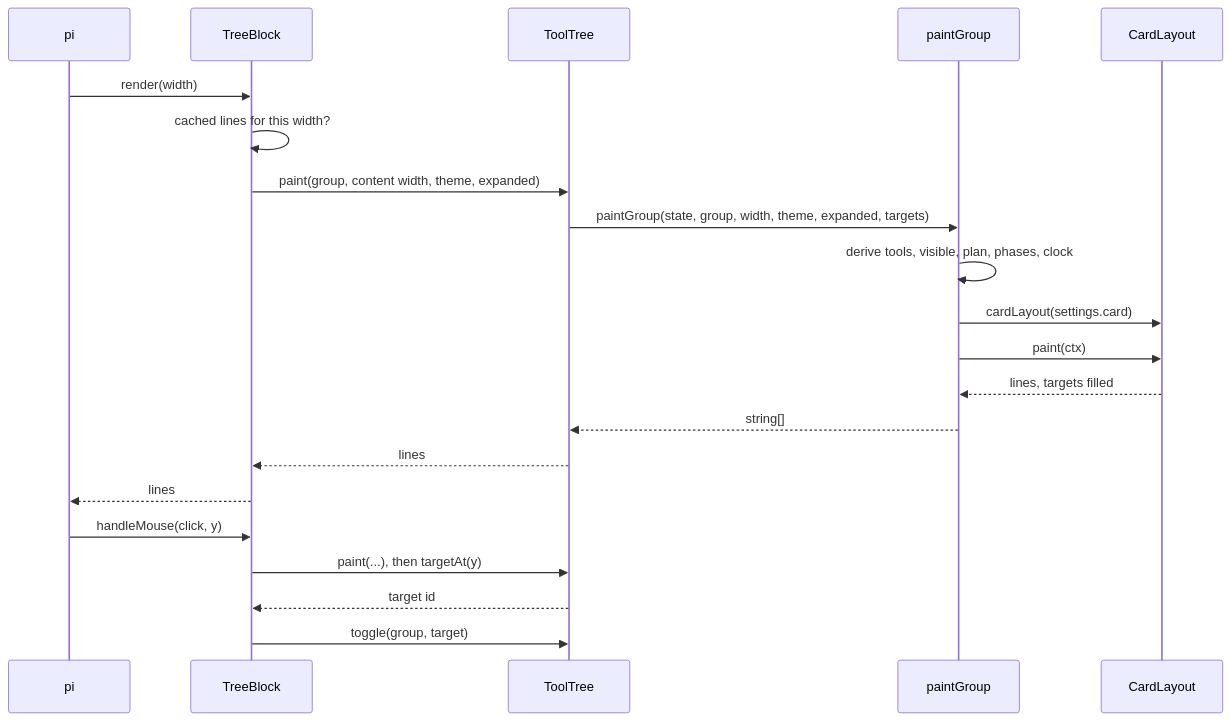
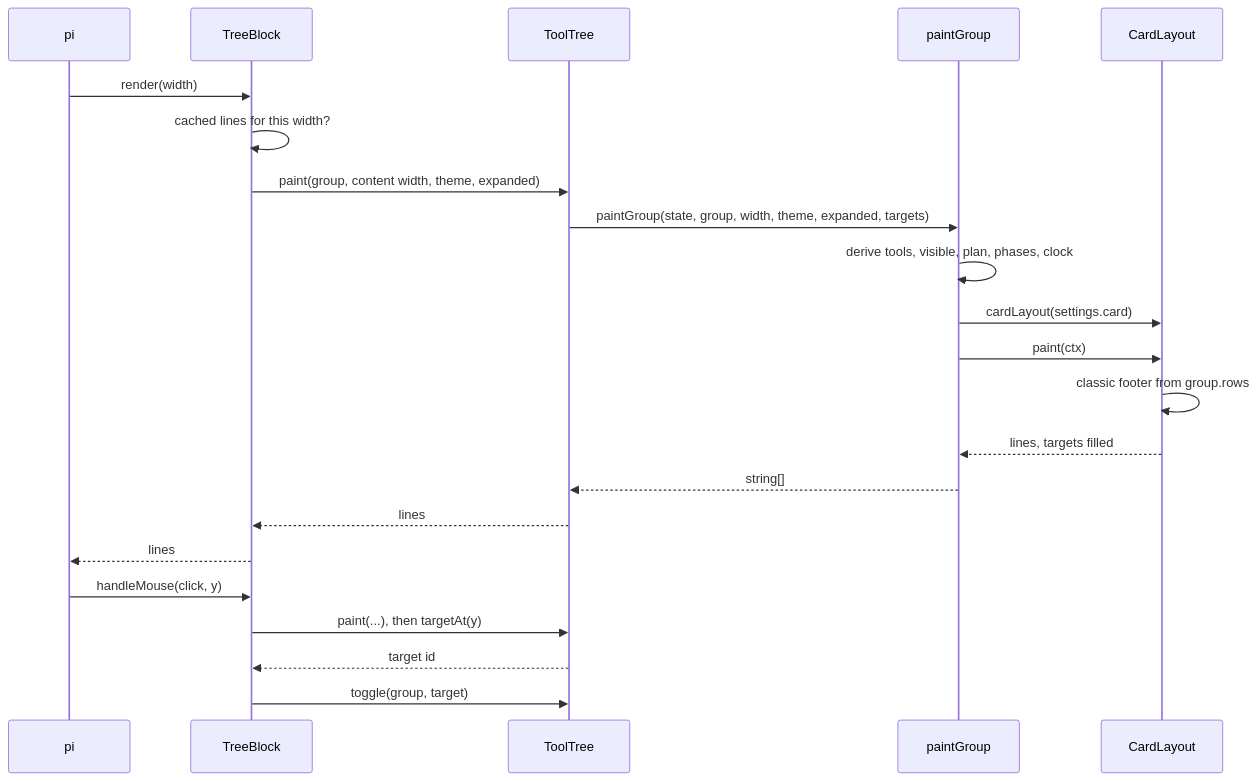
Before and after one commit to Gendyyy/pi-grove: the second of 2 diagrams in docs/architecture.md, drawn with Mermaid. The commit also changed other lines of this file and 12 other files, not shown here.

````diff
--- a/docs/architecture.md
+++ b/docs/architecture.md
@@ -30,23 +31,24 @@
 ```mermaid
 sequenceDiagram
     participant P as pi
     participant B as TreeBlock
     participant T as ToolTree
     participant G as paintGroup
     participant L as CardLayout
     P->>B: render(width)
     B->>B: cached lines for this width?
     B->>T: paint(group, content width, theme, expanded)
     T->>G: paintGroup(state, group, width, theme, expanded, targets)
     G->>G: derive tools, visible, plan, phases, clock
     G->>L: cardLayout(settings.card)
     G->>L: paint(ctx)
+    L->>L: classic footer from group.rows
     L-->>G: lines, targets filled
     G-->>T: string[]
     T-->>B: lines
     B-->>P: lines
     P->>B: handleMouse(click, y)
     B->>T: paint(...), then targetAt(y)
     T-->>B: target id
     B->>T: toggle(group, target)
 ```
````
